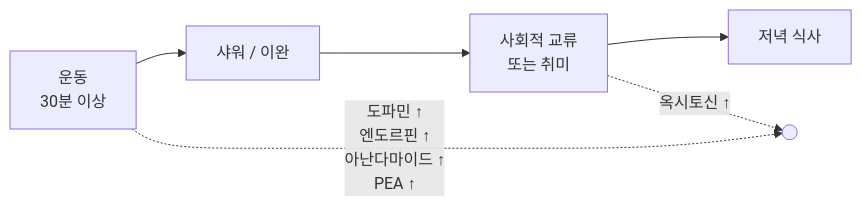
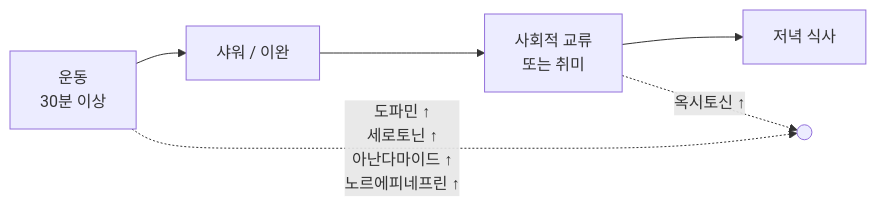
One commit to dss99911/dss99911.github.io changed the eighth of 9 diagrams in _posts/knowledge/health/2026-03-21-happiness-hormones-daily-routine.md. Above: the diagram before and after it, drawn with Mermaid. The commit also changed other lines of this file and 115 other files, not shown here.

````diff
--- a/_posts/knowledge/health/2026-03-21-happiness-hormones-daily-routine.md
+++ b/_posts/knowledge/health/2026-03-21-happiness-hormones-daily-routine.md
@@ -277,9 +275,9 @@
 ```mermaid
 flowchart LR
     A["운동<br/>30분 이상"] --> B["샤워 / 이완"]
     B --> C["사회적 교류<br/>또는 취미"]
     C --> D["저녁 식사"]
 
-    A -.->|"도파민 ↑<br/>엔도르핀 ↑<br/>아난다마이드 ↑<br/>PEA ↑"| E((" "))
+    A -.->|"도파민 ↑<br/>세로토닌 ↑<br/>아난다마이드 ↑<br/>노르에피네프린 ↑"| E((" "))
     C -.->|"옥시토신 ↑"| E
 ```
````
